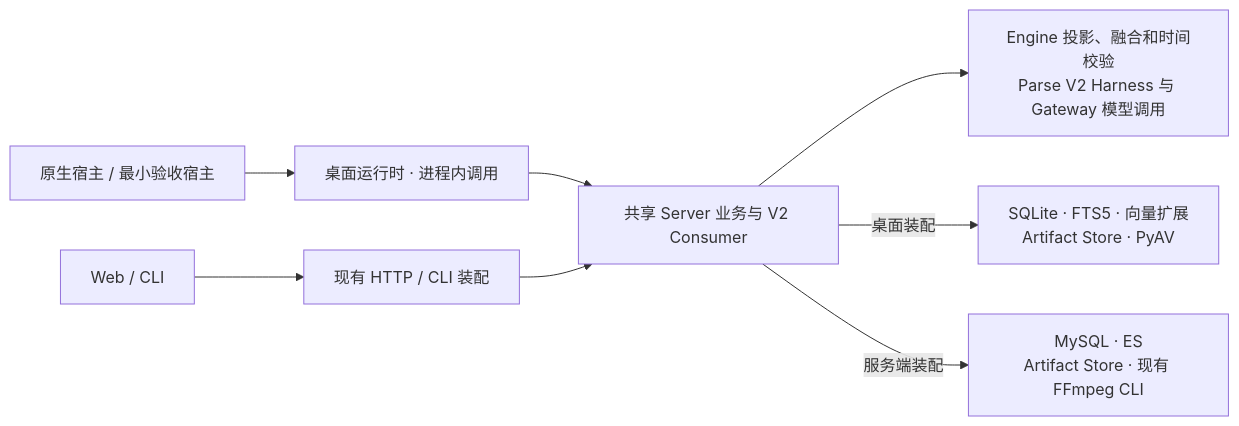
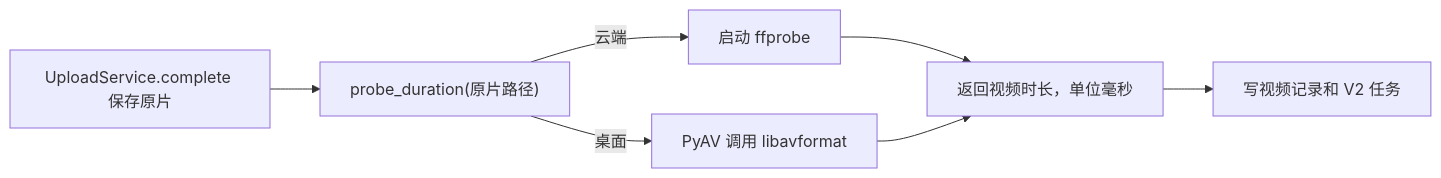
The diagram in docs/design/03-product-reassessment/macos-desktop-backend-trd.md (owariband/Seekino), drawn with Mermaid before and after one commit. The commit also changed other lines of this file and 3 other files, not shown here.

````diff
--- a/docs/design/03-product-reassessment/macos-desktop-backend-trd.md
+++ b/docs/design/03-product-reassessment/macos-desktop-backend-trd.md
@@ -42,10 +67,9 @@
 ```mermaid
 flowchart LR
-    Mac["原生宿主 / 最小验收宿主"] --> Desktop["桌面运行时 · 进程内调用"]
-    Web["Web / CLI"] --> HTTP["现有 HTTP / CLI 装配"]
-    Desktop --> Serve["共享 Server 业务与 V2 Consumer"]
-    HTTP --> Serve
-    Serve --> Core["Engine 投影、融合和时间校验<br/>Parse V2 Harness 与 Gateway 模型调用"]
-    Serve -->|桌面装配| Embedded["SQLite · FTS5 · 向量扩展<br/>Artifact Store · PyAV"]
-    Serve -->|服务端装配| Existing["MySQL · ES<br/>Artifact Store · 现有 FFmpeg CLI"]
+    A["UploadService.complete 保存原片"] --> B["probe_duration(原片路径)"]
+    B -->|云端| C["启动 ffprobe"]
+    B -->|桌面| D["PyAV 调用 libavformat"]
+    C --> E["返回视频时长，单位毫秒"]
+    D --> E
+    E --> F["写视频记录和 V2 任务"]
 ```
````
